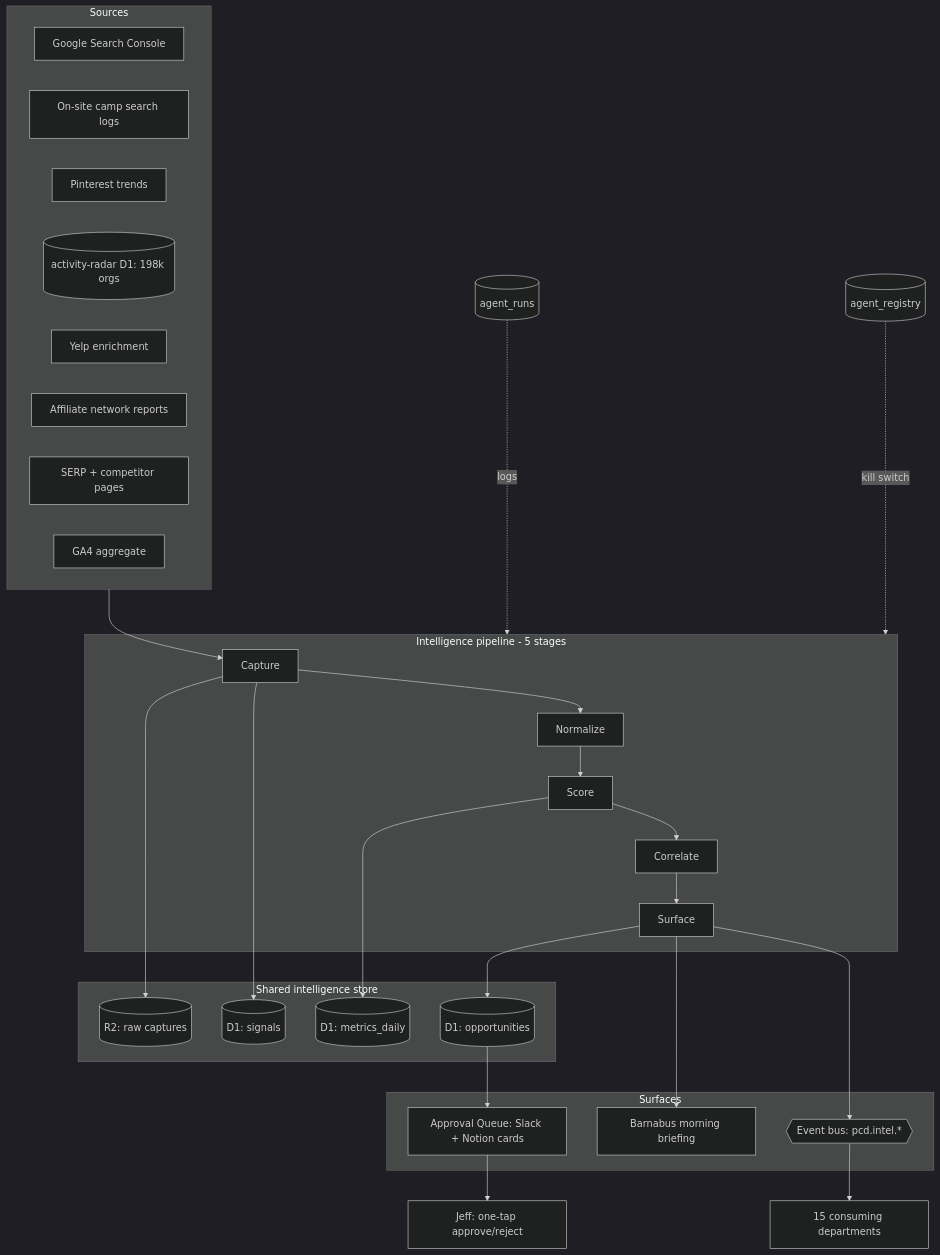
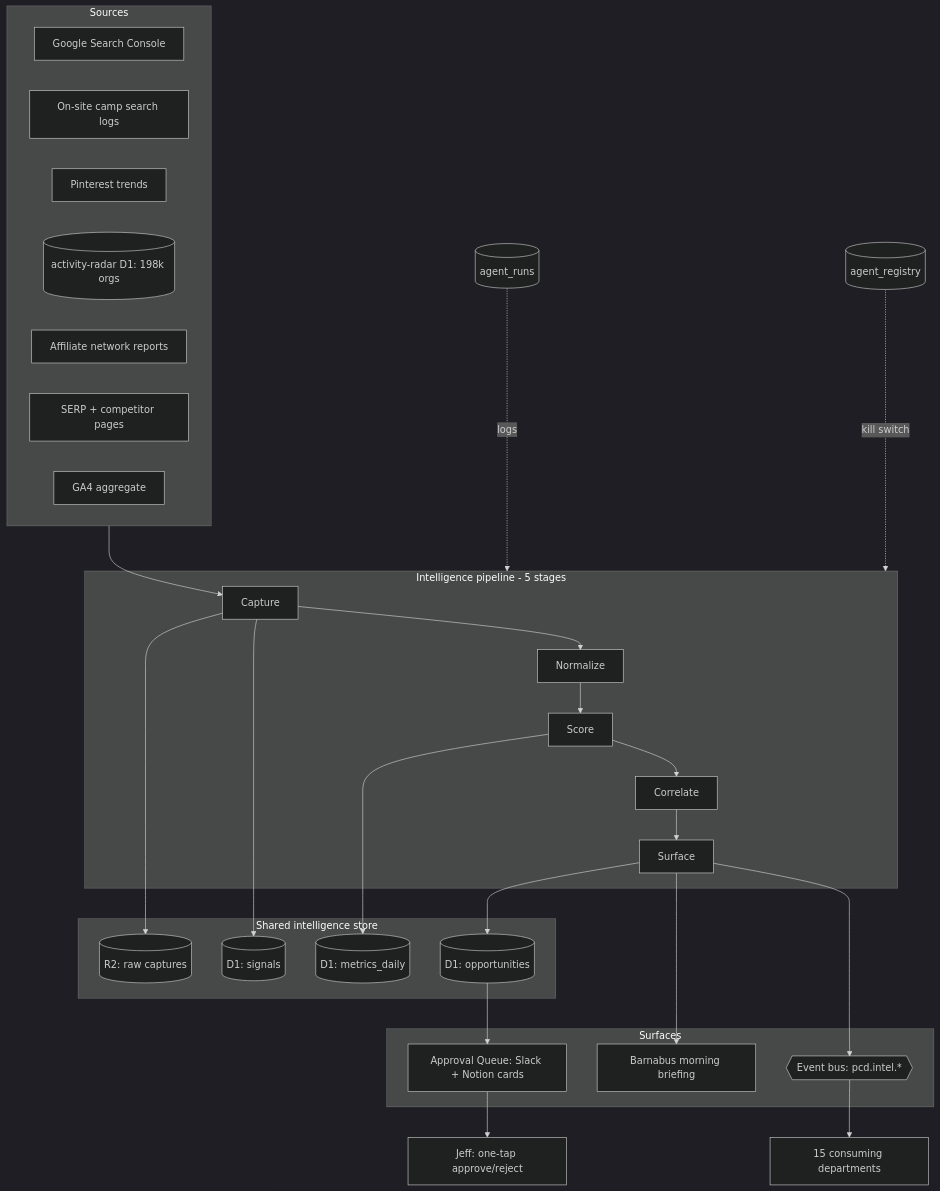
The diagram in PCD-AI-OS/02-intelligence-architecture.md (jeffthomas4-lab/parent-coach-playbook), drawn with Mermaid (dark theme) before and after one commit. The commit also changed other lines of this file and 15 other files, not shown here.

Commit message:
Retire Yelp enrichment worker

````diff
--- a/PCD-AI-OS/02-intelligence-architecture.md
+++ b/PCD-AI-OS/02-intelligence-architecture.md
@@ -118,45 +118,44 @@
 ```mermaid
 flowchart TD
     subgraph Sources
         GSC[Google Search Console]
         SS[On-site camp search logs]
         PIN[Pinterest trends]
         ODB[(activity-radar D1: 198k orgs)]
-        YLP[Yelp enrichment]
         AFF[Affiliate network reports]
         SERP[SERP + competitor pages]
         GA4[GA4 aggregate]
     end
 
     subgraph Pipeline [Intelligence pipeline - 5 stages]
         CAP[Capture] --> NRM[Normalize] --> SCR[Score] --> COR[Correlate] --> SUR[Surface]
     end
 
     subgraph Store [Shared intelligence store]
         R2[(R2: raw captures)]
         SIG[(D1: signals)]
         MET[(D1: metrics_daily)]
         OPP[(D1: opportunities)]
     end
 
     Sources --> CAP
     CAP --> R2
     CAP --> SIG
     SCR --> MET
     SUR --> OPP
 
     subgraph Surfaces
         AQ[Approval Queue: Slack + Notion cards]
         BRIEF[Barnabus morning briefing]
         BUS{{Event bus: pcd.intel.*}}
     end
 
     OPP --> AQ
     SUR --> BRIEF
     SUR --> BUS
     BUS --> DEPTS[15 consuming departments]
     AQ --> JEFF[Jeff: one-tap approve/reject]
 
     RUN[(agent_runs)] -.logs.-> Pipeline
     REG[(agent_registry)] -.kill switch.-> Pipeline
 ```
````
